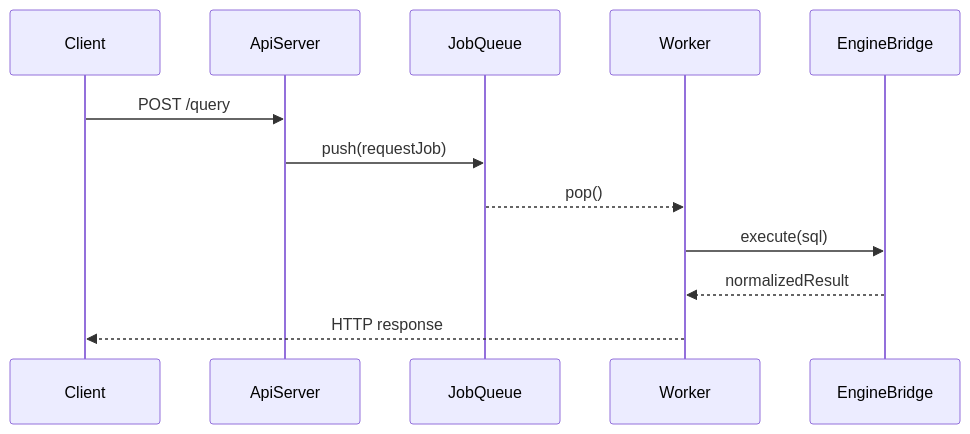
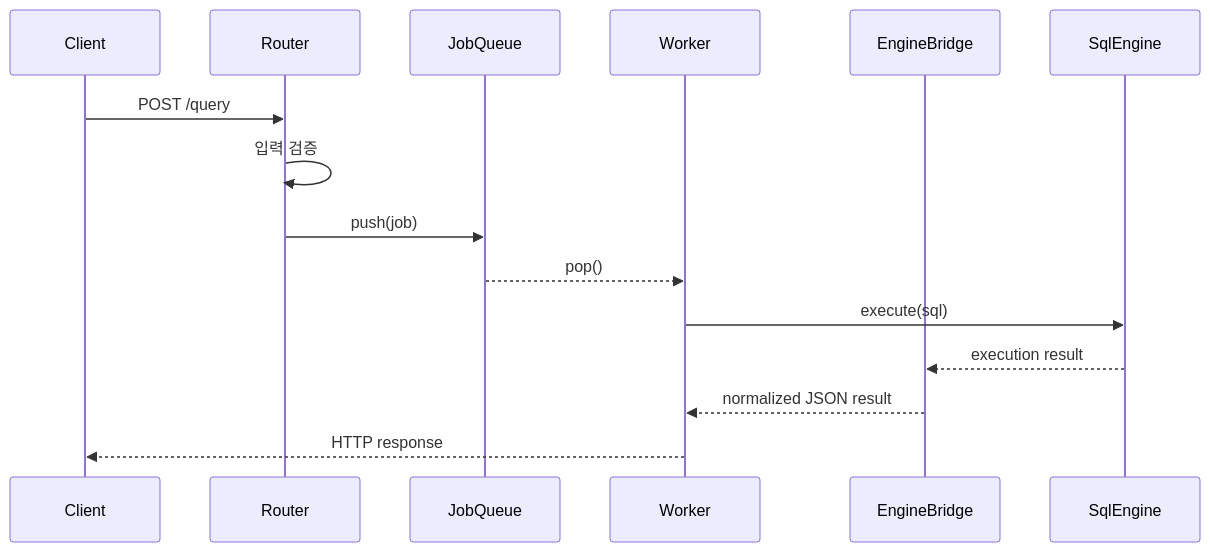
One commit to tail1887/sql_parsor changed the second of 3 diagrams in docs/weeks/WEEK8/presentation/presentation_visuals.md. Above: the diagram before and after it, drawn with Mermaid. The commit also changed other lines of this file and 1 other file, not shown here.

Commit message:
docs: refine week8 presentation flow

````diff
--- a/docs/weeks/WEEK8/presentation/presentation_visuals.md
+++ b/docs/weeks/WEEK8/presentation/presentation_visuals.md
@@ -28,15 +50,18 @@
 ```mermaid
 sequenceDiagram
     participant Client
-    participant ApiServer
+    participant Router
     participant JobQueue
     participant Worker
     participant EngineBridge
+    participant SqlEngine
 
-    Client->>ApiServer: POST /query
-    ApiServer->>JobQueue: push(requestJob)
+    Client->>Router: POST /query
+    Router->>Router: 입력 검증
+    Router->>JobQueue: push(job)
     JobQueue-->>Worker: pop()
-    Worker->>EngineBridge: execute(sql)
-    EngineBridge-->>Worker: normalizedResult
+    Worker->>SqlEngine: execute(sql)
+    SqlEngine-->>EngineBridge: execution result
+    EngineBridge-->>Worker: normalized JSON result
     Worker-->>Client: HTTP response
 ```
````
